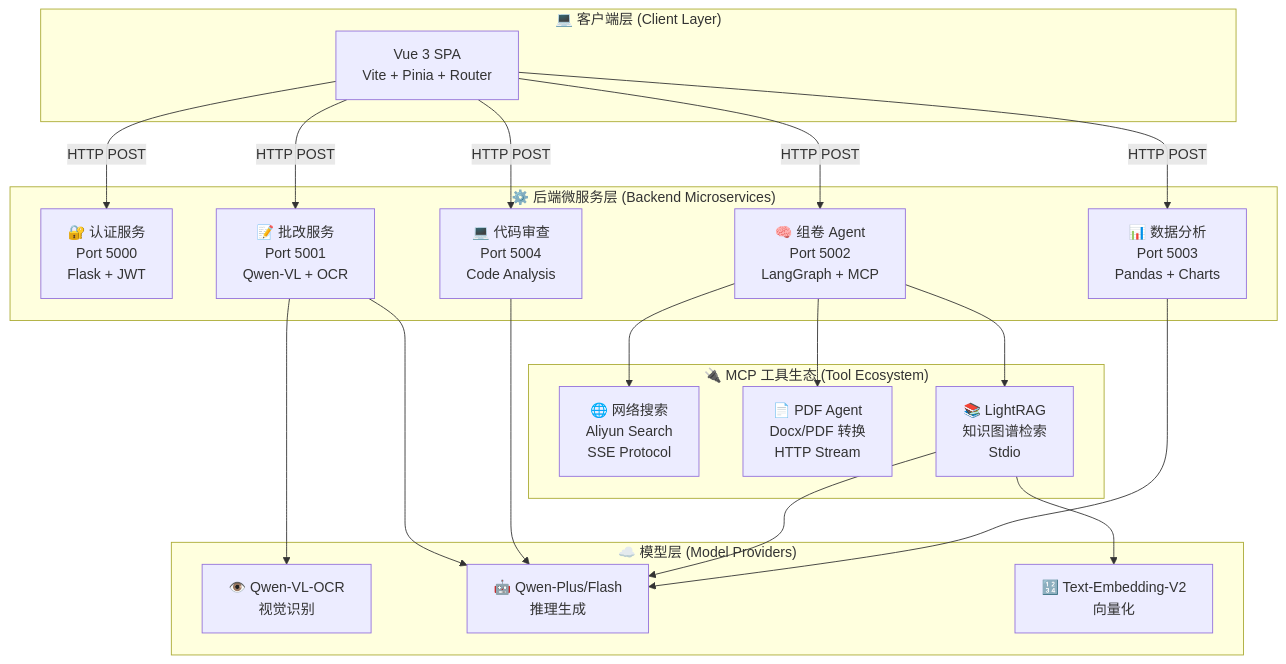
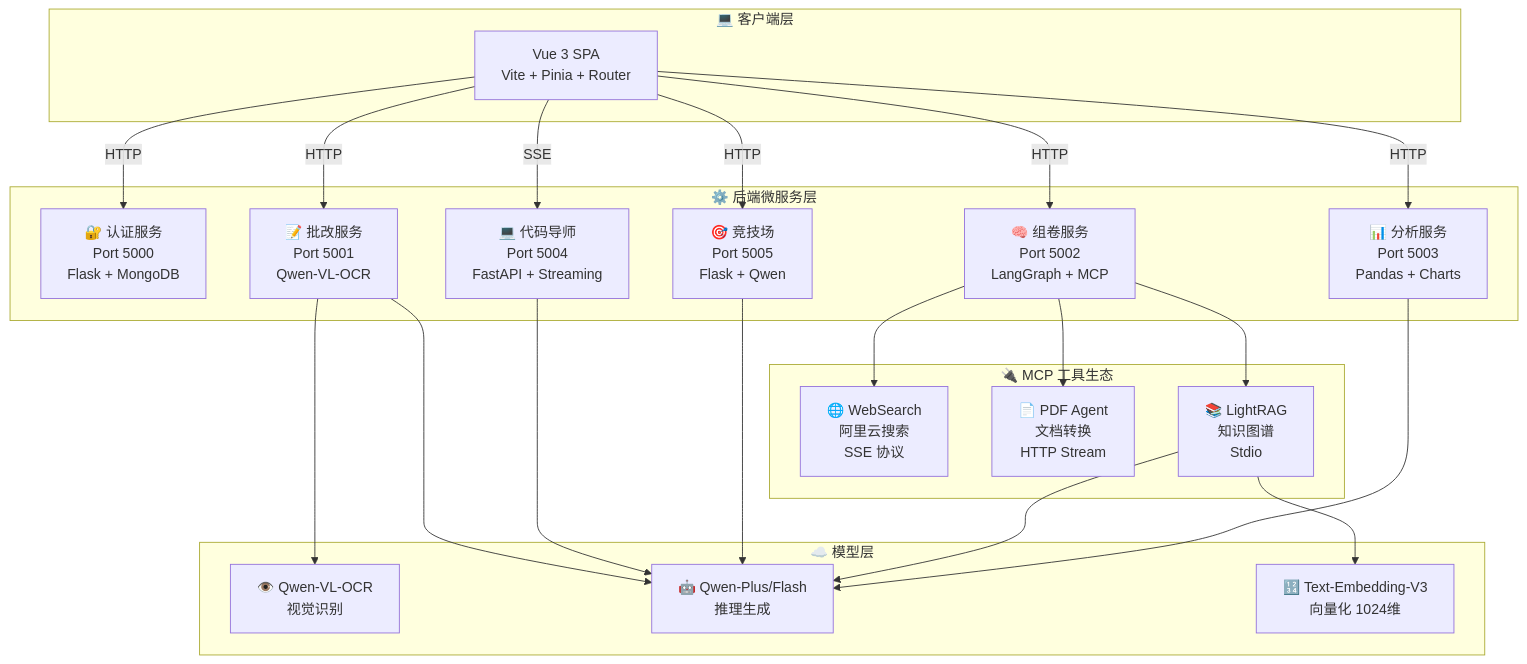
One commit to abaiar/Teacher_Assistant_AI changed the second of 2 diagrams in README.md. Above: the diagram before and after it, drawn with Mermaid. The commit also changed other lines of this file and 2 other files, not shown here.

````diff
--- a/README.md
+++ b/README.md
@@ -300,45 +241,48 @@
 ```mermaid
 graph TD
-    subgraph "💻 客户端层 (Client Layer)"
+    subgraph "💻 客户端层"
         A[Vue 3 SPA<br/>Vite + Pinia + Router]
     end
 
-    subgraph "⚙️ 后端微服务层 (Backend Microservices)"
-        B1[🔐 认证服务<br/>Port 5000<br/>Flask + JWT]
-        B2[📝 批改服务<br/>Port 5001<br/>Qwen-VL + OCR]
-        B3[🧠 组卷 Agent<br/>Port 5002<br/>LangGraph + MCP]
-        B4[📊 数据分析<br/>Port 5003<br/>Pandas + Charts]
-        B5[💻 代码审查<br/>Port 5004<br/>Code Analysis]
+    subgraph "⚙️ 后端微服务层"
+        B1[🔐 认证服务<br/>Port 5000<br/>Flask + MongoDB]
+        B2[📝 批改服务<br/>Port 5001<br/>Qwen-VL-OCR]
+        B3[🧠 组卷服务<br/>Port 5002<br/>LangGraph + MCP]
+        B4[📊 分析服务<br/>Port 5003<br/>Pandas + Charts]
+        B5[💻 代码导师<br/>Port 5004<br/>FastAPI + Streaming]
+        B6[🎯 竞技场<br/>Port 5005<br/>Flask + Qwen]
     end
 
-    subgraph "🔌 MCP 工具生态 (Tool Ecosystem)"
-        C1[🌐 网络搜索<br/>Aliyun Search<br/>SSE Protocol]
-        C2[📄 PDF Agent<br/>Docx/PDF 转换<br/>HTTP Stream]
-        C3[📚 LightRAG<br/>知识图谱检索<br/>Stdio]
+    subgraph "🔌 MCP 工具生态"
+        C1[🌐 WebSearch<br/>阿里云搜索<br/>SSE 协议]
+        C2[📄 PDF Agent<br/>文档转换<br/>HTTP Stream]
+        C3[📚 LightRAG<br/>知识图谱<br/>Stdio]
     end
 
-    subgraph "☁️ 模型层 (Model Providers)"
+    subgraph "☁️ 模型层"
         D1[👁️ Qwen-VL-OCR<br/>视觉识别]
         D2[🤖 Qwen-Plus/Flash<br/>推理生成]
-        D3[🔢 Text-Embedding-V2<br/>向量化]
+        D3[🔢 Text-Embedding-V3<br/>向量化 1024维]
     end
 
-    A -->|HTTP POST| B1
-    A -->|HTTP POST| B2
-    A -->|HTTP POST| B3
-    A -->|HTTP POST| B4
-    A -->|HTTP POST| B5
+    A -->|HTTP| B1
+    A -->|HTTP| B2
+    A -->|HTTP| B3
+    A -->|HTTP| B4
+    A -->|SSE| B5
+    A -->|HTTP| B6
 
     B2 --> D1
     B2 --> D2
     B5 --> D2
+    B6 --> D2
 
     B3 --> C1
     B3 --> C2
     B3 --> C3
     
     C3 --> D3
     C3 --> D2
 
     B4 --> D2
 ```
````
